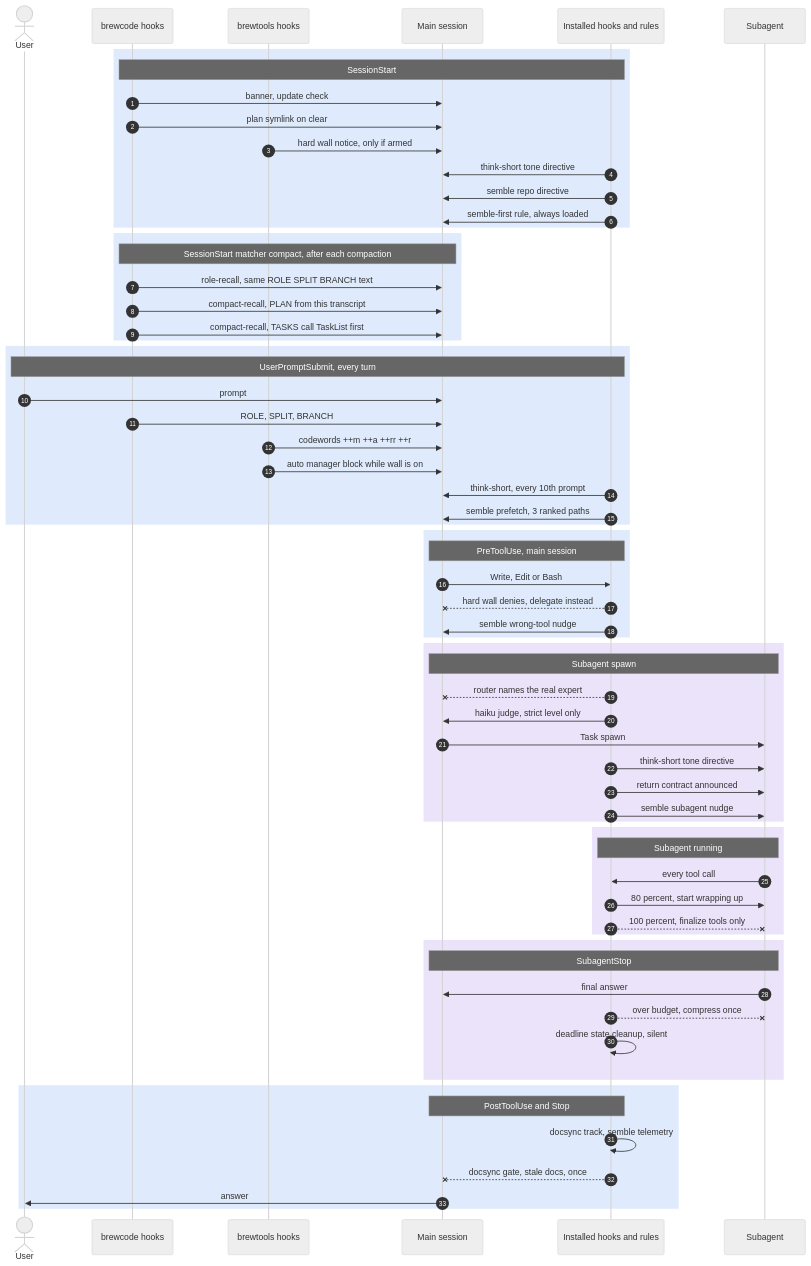
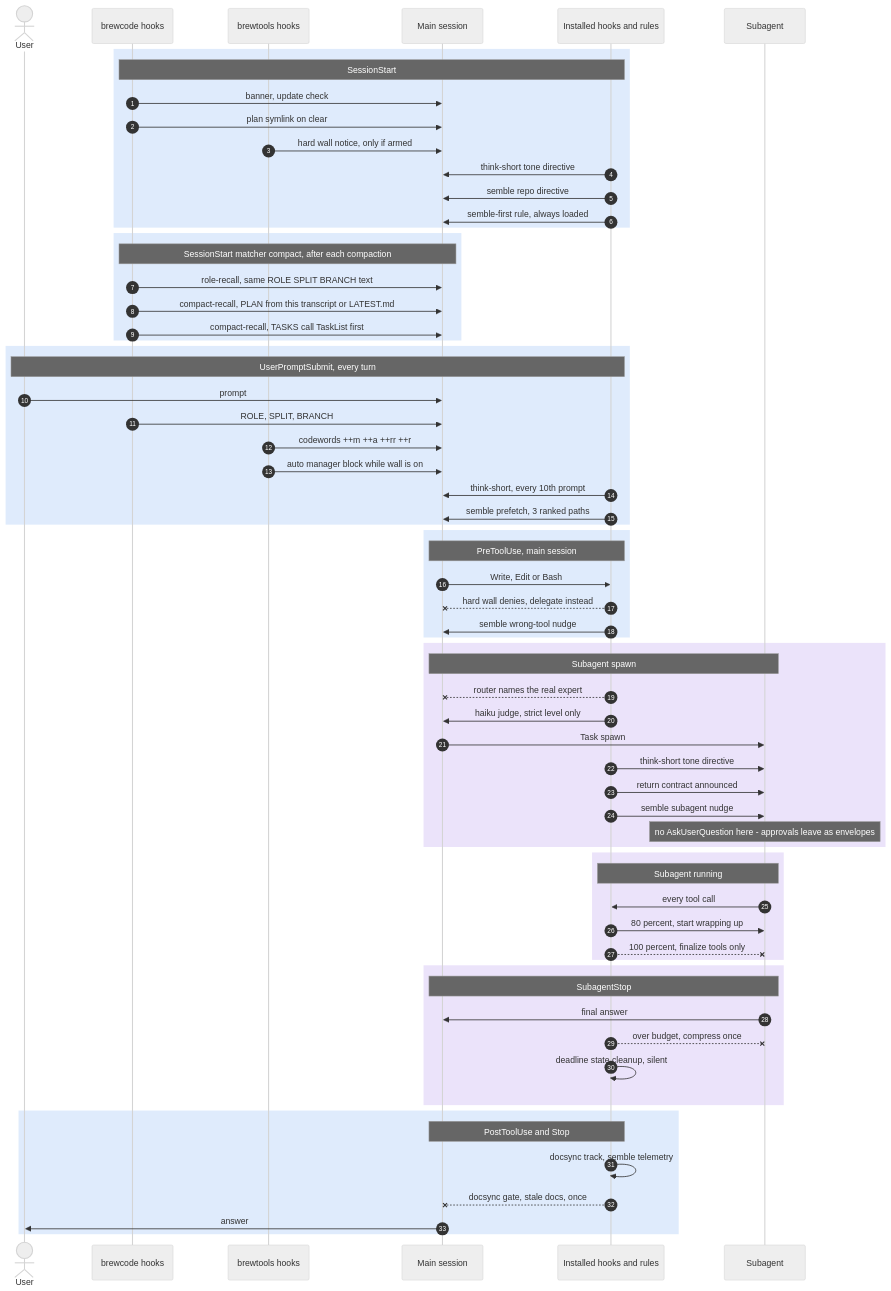
The second of 2 diagrams in APPROACHES.md (kochetkov-ma/claude-brewcode), drawn with Mermaid (neutral theme) before and after one commit. The commit also changed other lines of this file and 309 other files, not shown here.

````diff
--- a/APPROACHES.md
+++ b/APPROACHES.md
@@ -167,75 +178,76 @@
 ```mermaid
 sequenceDiagram
   autonumber
   actor U as User
   participant BC as brewcode hooks
   participant BT as brewtools hooks
   participant MS as Main session
   participant PH as Installed hooks and rules
   participant SA as Subagent
 
   rect rgba(31,111,235,0.14)
     Note over BC,PH: SessionStart
     BC->>MS: banner, update check
     BC->>MS: plan symlink on clear
     BT->>MS: hard wall notice, only if armed
     PH->>MS: think-short tone directive
     PH->>MS: semble repo directive
     PH->>MS: semble-first rule, always loaded
   end
 
   rect rgba(31,111,235,0.14)
     Note over BC,MS: SessionStart matcher compact, after each compaction
     BC->>MS: role-recall, same ROLE SPLIT BRANCH text
-    BC->>MS: compact-recall, PLAN from this transcript
+    BC->>MS: compact-recall, PLAN from this transcript or LATEST.md
     BC->>MS: compact-recall, TASKS call TaskList first
   end
 
   rect rgba(31,111,235,0.14)
     Note over U,PH: UserPromptSubmit, every turn
     U->>MS: prompt
     BC->>MS: ROLE, SPLIT, BRANCH
     BT->>MS: codewords ++m ++a ++rr ++r
     BT->>MS: auto manager block while wall is on
     PH->>MS: think-short, every 10th prompt
     PH->>MS: semble prefetch, 3 ranked paths
   end
 
   rect rgba(31,111,235,0.14)
     Note over MS,PH: PreToolUse, main session
     MS->>PH: Write, Edit or Bash
     PH--xMS: hard wall denies, delegate instead
     PH->>MS: semble wrong-tool nudge
   end
 
   rect rgba(130,80,223,0.16)
     Note over MS,SA: Subagent spawn
     PH--xMS: router names the real expert
     PH->>MS: haiku judge, strict level only
     MS->>SA: Task spawn
     PH->>SA: think-short tone directive
     PH->>SA: return contract announced
     PH->>SA: semble subagent nudge
+    Note over SA: no AskUserQuestion here - approvals leave as envelopes
   end
 
   rect rgba(130,80,223,0.16)
     Note over PH,SA: Subagent running
     SA->>PH: every tool call
     PH->>SA: 80 percent, start wrapping up
     PH--xSA: 100 percent, finalize tools only
   end
 
   rect rgba(130,80,223,0.16)
     Note over MS,SA: SubagentStop
     SA->>MS: final answer
     PH--xSA: over budget, compress once
     PH->>PH: deadline state cleanup, silent
   end
 
   rect rgba(31,111,235,0.14)
     Note over MS,PH: PostToolUse and Stop
     PH->>PH: docsync track, semble telemetry
     PH--xMS: docsync gate, stale docs, once
     MS->>U: answer
   end
 ```
````
